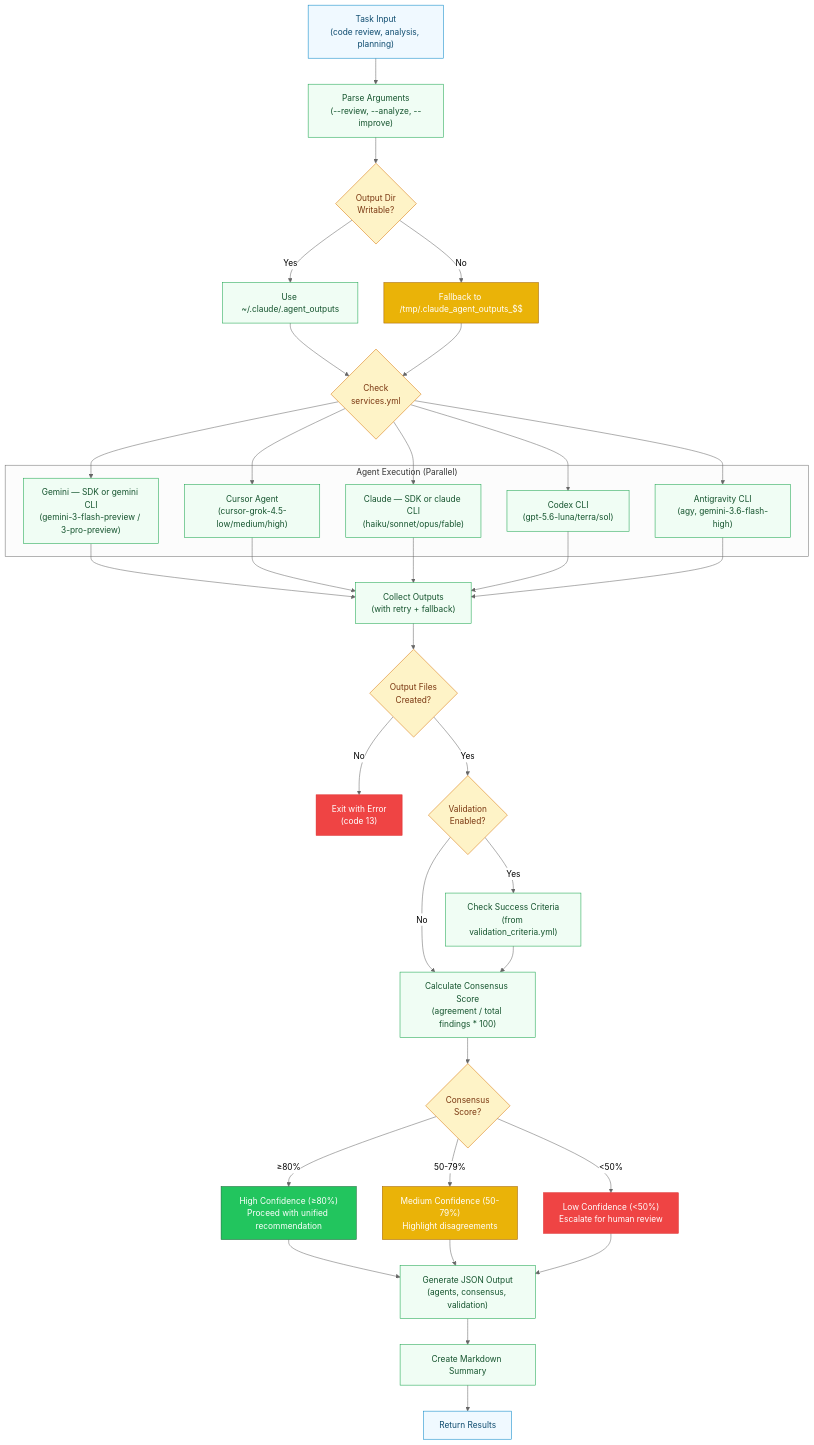
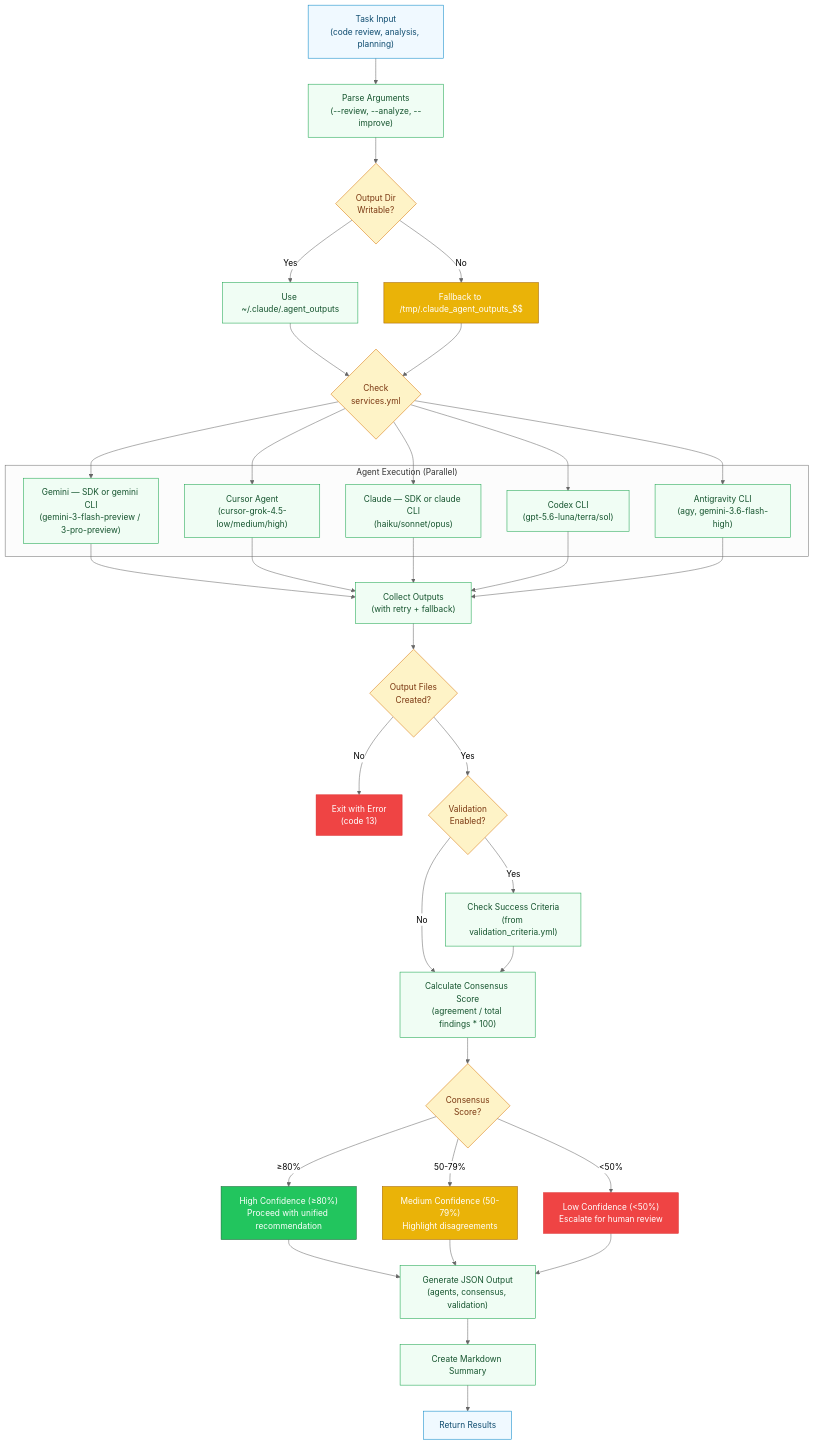
Before and after one commit to RB-chrismandich/Manifest: the seventh of 20 diagrams in docs/ARCHITECTURE_DIAGRAMS.md, drawn with Mermaid. The commit also changed other lines of this file and 385 other files, not shown here.

```diff
--- a/docs/ARCHITECTURE_DIAGRAMS.md
+++ b/docs/ARCHITECTURE_DIAGRAMS.md
@@ -579,7 +579,7 @@
     subgraph "Agent Execution (Parallel)"
         GEMINI_EXEC["Gemini — SDK or gemini CLI<br/>(gemini-3-flash-preview / 3-pro-preview)"]:::process
         CURSOR_EXEC["Cursor Agent<br/>(cursor-grok-4.5-low/medium/high)"]:::process
-        CLAUDE_EXEC["Claude — SDK or claude CLI<br/>(haiku/sonnet/opus/fable)"]:::process
+        CLAUDE_EXEC["Claude — SDK or claude CLI<br/>(haiku/sonnet/opus)"]:::process
         CODEX_EXEC["Codex CLI<br/>(gpt-5.6-luna/terra/sol)"]:::process
         AGY_EXEC["Antigravity CLI<br/>(agy, gemini-3.6-flash-high)"]:::process
     end
```
